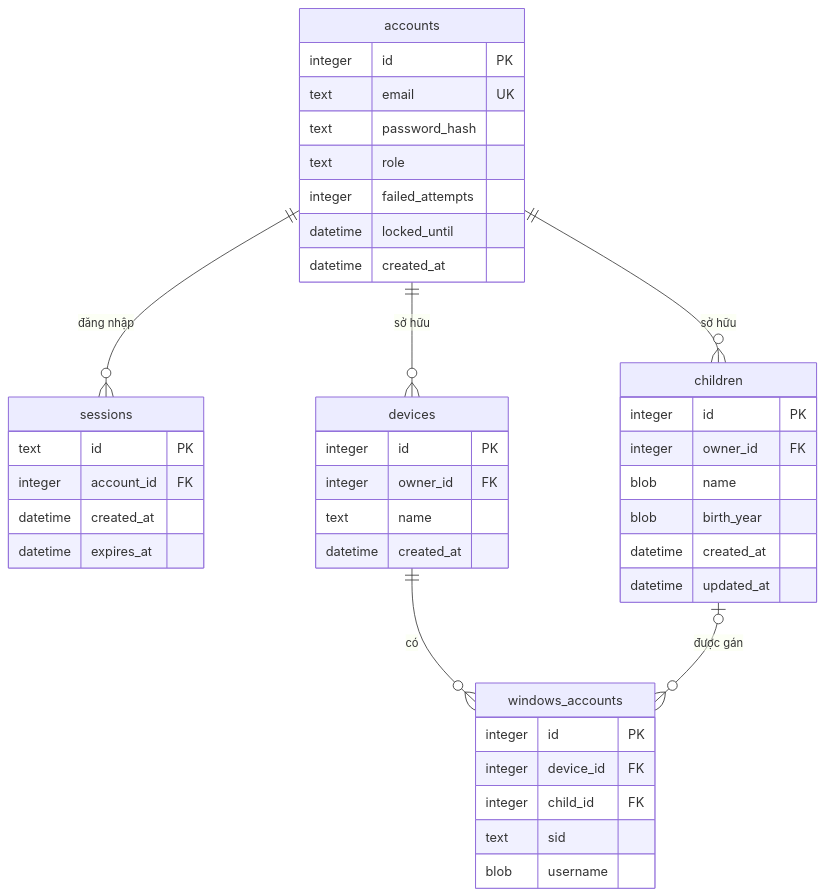
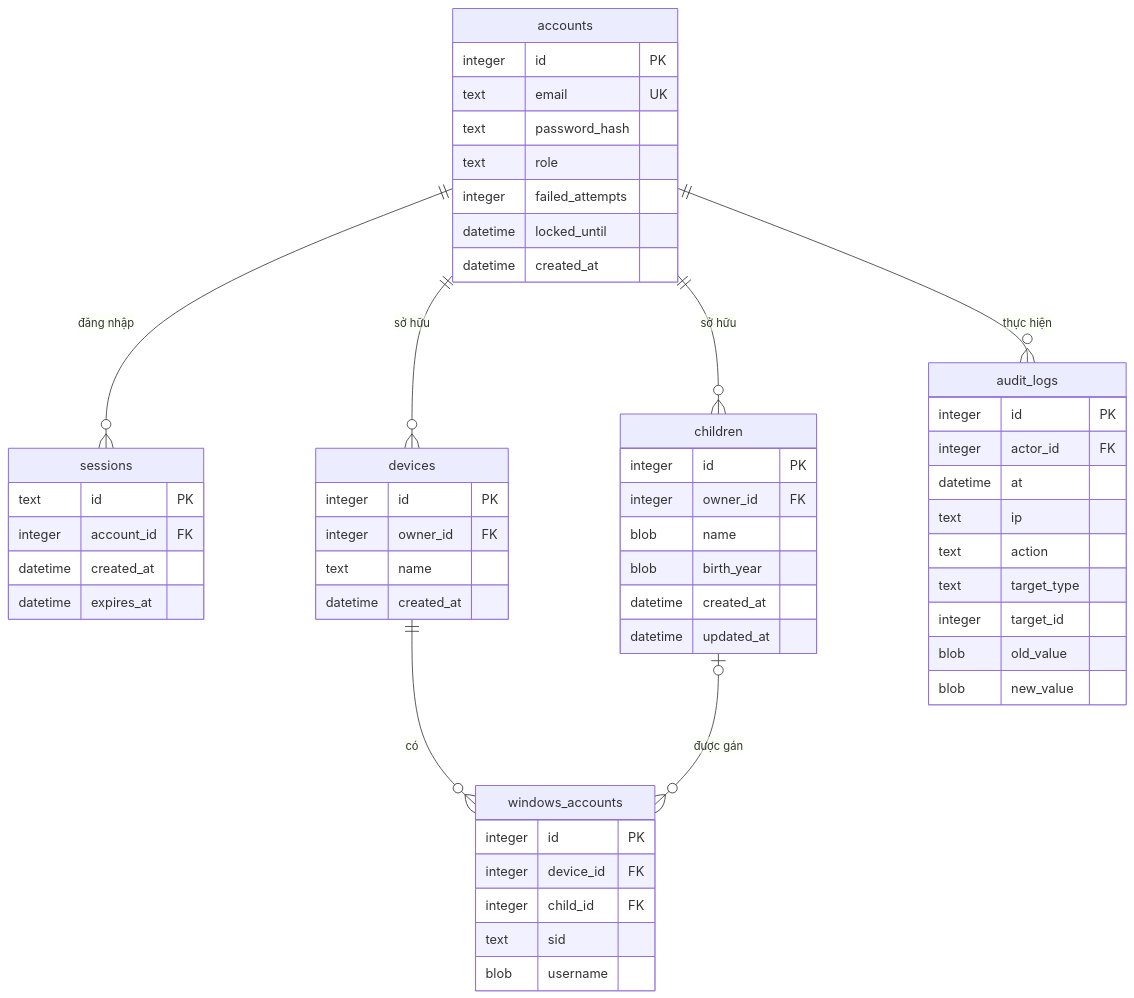
The diagram in ogk-server/migrations/DB_SCHEMA.md (nmtrong1000/ogk), drawn with Mermaid before and after one commit. The commit also changed other lines of this file and 24 other files, not shown here.

````diff
--- a/ogk-server/migrations/DB_SCHEMA.md
+++ b/ogk-server/migrations/DB_SCHEMA.md
@@ -10,44 +10,56 @@
 ```mermaid
 erDiagram
     accounts ||--o{ sessions : "đăng nhập"
     accounts ||--o{ children : "sở hữu"
     accounts ||--o{ devices : "sở hữu"
     devices ||--o{ windows_accounts : "có"
     children |o--o{ windows_accounts : "được gán"
+    accounts ||--o{ audit_logs : "thực hiện"
     accounts {
         integer id PK
         text email UK
         text password_hash
         text role
         integer failed_attempts
         datetime locked_until
         datetime created_at
     }
     sessions {
         text id PK
         integer account_id FK
         datetime created_at
         datetime expires_at
     }
     children {
         integer id PK
         integer owner_id FK
         blob name
         blob birth_year
         datetime created_at
         datetime updated_at
     }
     devices {
         integer id PK
         integer owner_id FK
         text name
         datetime created_at
     }
     windows_accounts {
         integer id PK
         integer device_id FK
         integer child_id FK
         text sid
         blob username
     }
+    audit_logs {
+        integer id PK
+        integer actor_id FK
+        datetime at
+        text ip
+        text action
+        text target_type
+        integer target_id
+        blob old_value
+        blob new_value
+    }
 ```
````
